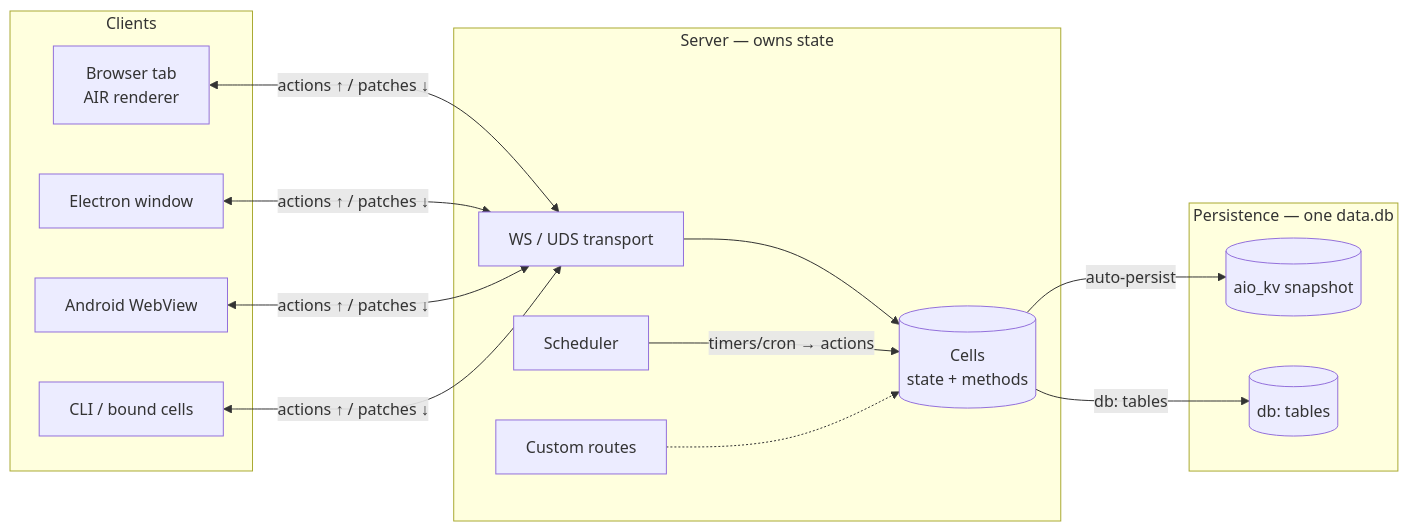
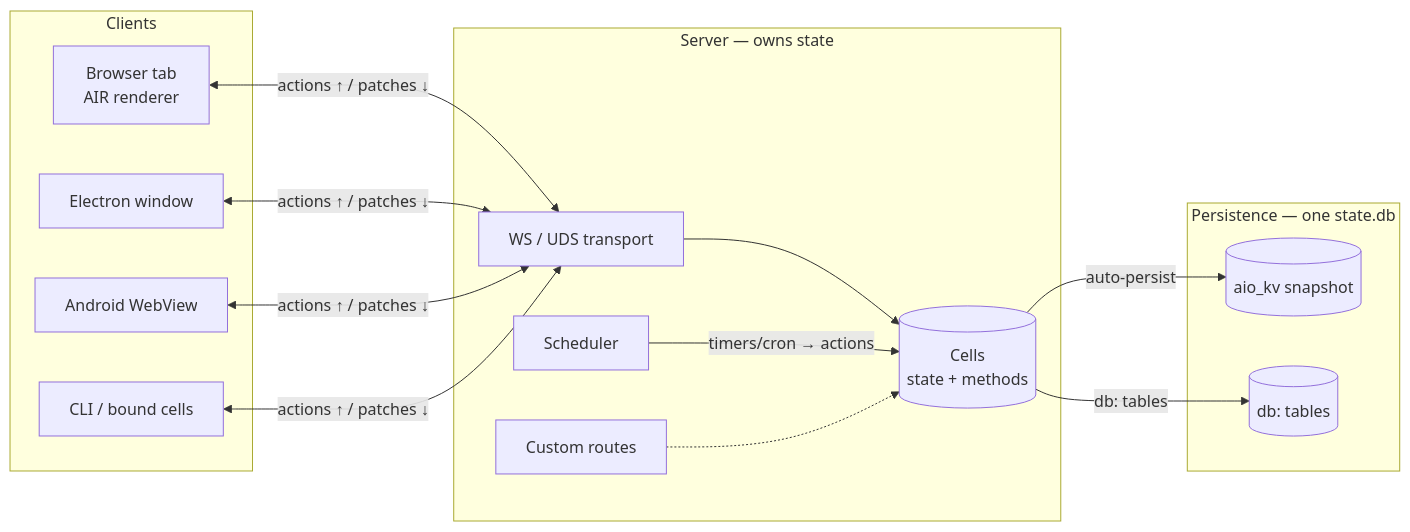
The first of 3 diagrams in docs/basics/architecture.md (riagentic/aio), drawn with Mermaid before and after one commit. The commit also changed 108 other files, not shown here.

````diff
--- a/docs/basics/architecture.md
+++ b/docs/basics/architecture.md
@@ -10,25 +10,25 @@
 ```mermaid
 flowchart LR
     subgraph clients [Clients]
         B[Browser tab<br/>AIR renderer]
         E[Electron window]
         A[Android WebView]
         C[CLI / bound cells]
     end
     subgraph server [Server — owns state]
         CELLS[(Cells<br/>state + methods)]
         WS[WS / UDS transport]
         SCHED[Scheduler]
         ROUTES[Custom routes]
     end
-    subgraph storage [Persistence — one data.db]
+    subgraph storage [Persistence — one state.db]
         KV[(aio_kv snapshot)]
         SQL[(db: tables)]
     end
     B & E & A & C <-- "actions ↑ / patches ↓" --> WS
     WS --> CELLS
     SCHED -- "timers/cron → actions" --> CELLS
     CELLS -- "auto-persist" --> KV
     CELLS -- "db: tables" --> SQL
     ROUTES -.-> CELLS
 ```
````
